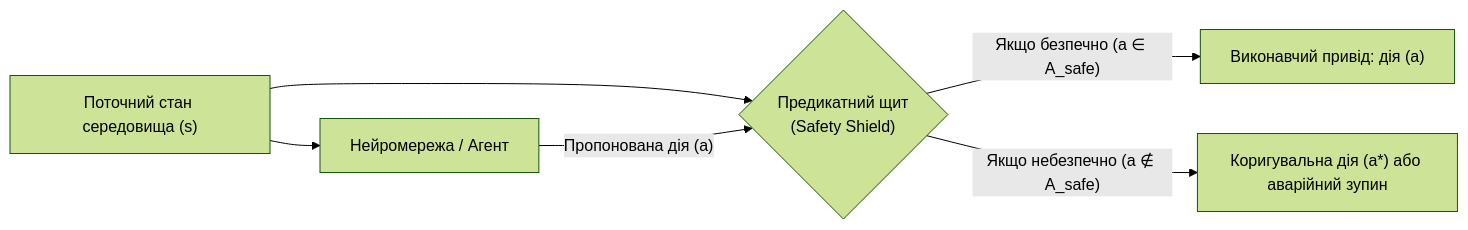
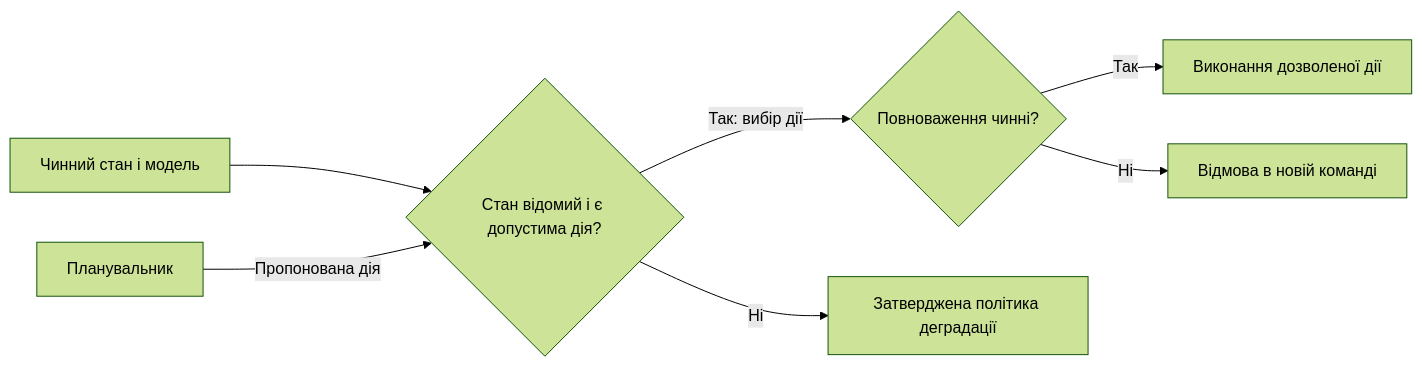
The sixth of 6 diagrams in ExpertSystem/ch38-curing-machine-hallucinations-and-knowledge-deficits.md (nick-fedchik/articles), drawn with Mermaid (forest theme) before and after one commit. The commit also changed other lines of this file and 7 other files, not shown here.

````diff
--- a/ExpertSystem/ch38-curing-machine-hallucinations-and-knowledge-deficits.md
+++ b/ExpertSystem/ch38-curing-machine-hallucinations-and-knowledge-deficits.md
@@ -507,8 +634,11 @@
 ```mermaid
 flowchart LR
-    S["Поточний стан середовища (s)"] --> NN["Нейромережа / Агент"]
-    S --> SHIELD{"Предикатний щит<br/>(Safety Shield)"}
-    NN -->|"Пропонована дія (a)"| SHIELD
-    SHIELD -->|"Якщо безпечно (a ∈ A_safe)"| ACT["Виконавчий привід: дія (a)"]
-    SHIELD -->|"Якщо небезпечно (a ∉ A_safe)"| SAFE["Коригувальна дія (a*) або аварійний зупин"]
+	accTitle: Предикатний щит з окремими перевірками стану й повноважень
+	accDescr: Невідомий стан або порожня множина допустимих дій ведуть до затвердженої політики деградації, не автоматичного знеструмлення.
+	S["Чинний стан і модель"] --> SHIELD{"Стан відомий і є допустима дія?"}
+	NN["Планувальник"] -->|"Пропонована дія"| SHIELD
+	SHIELD -->|"Так: вибір дії"| AUTH{"Повноваження чинні?"}
+	AUTH -->|"Так"| ACT["Виконання дозволеної дії"]
+	AUTH -->|"Ні"| REFUSE["Відмова в новій команді"]
+	SHIELD -->|"Ні"| SAFE["Затверджена політика деградації"]
 ```
````
